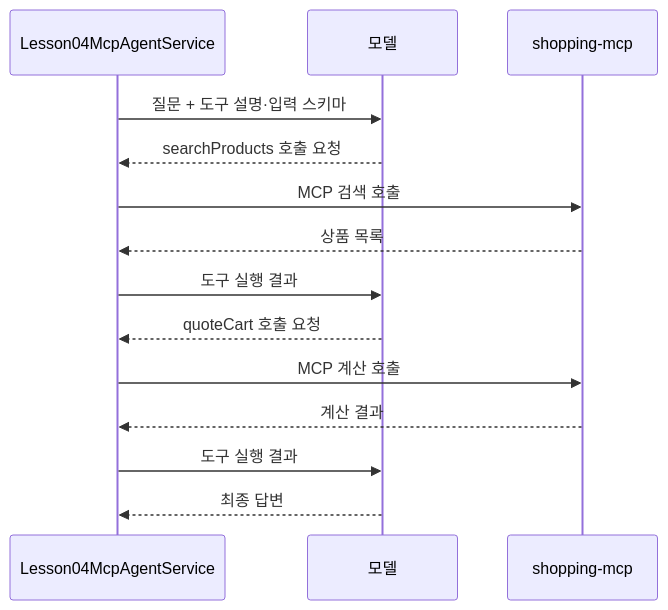
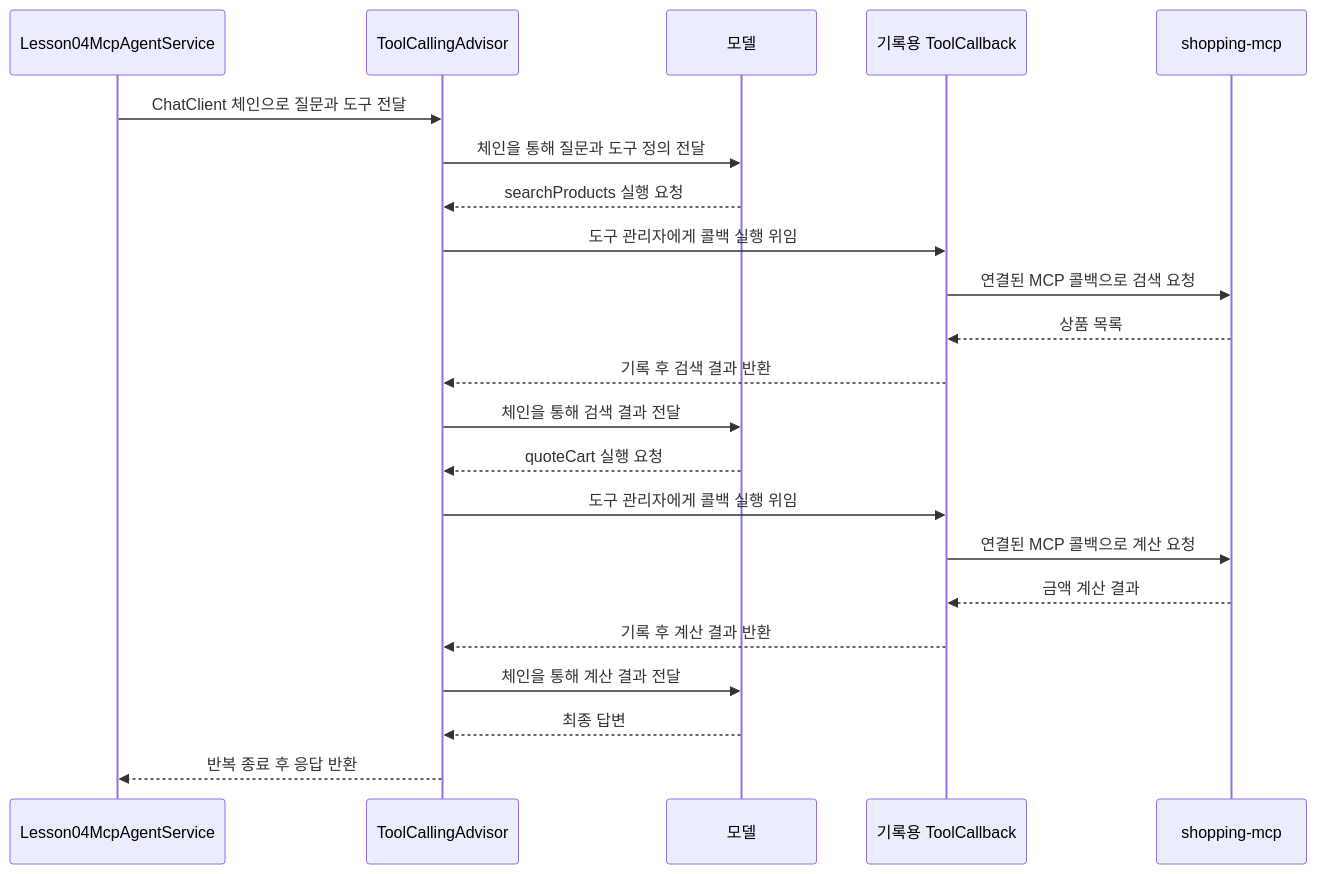
Before and after one commit to Justin-ad-Park/SpringShoppingAI: the diagram in Spring-AI-Agent-Learning/docs/lessons/11-mcp-workflow-agent/04-agent.md, drawn with Mermaid. The commit also changed other lines of this file and 13 other files, not shown here.

````diff
--- a/Spring-AI-Agent-Learning/docs/lessons/11-mcp-workflow-agent/04-agent.md
+++ b/Spring-AI-Agent-Learning/docs/lessons/11-mcp-workflow-agent/04-agent.md
@@ -7,16 +7,24 @@
 ```mermaid
 sequenceDiagram
     participant A as Lesson04McpAgentService
-    participant L as 모델
-    participant M as shopping-mcp
-    A->>L: 질문 + 도구 설명·입력 스키마
-    L-->>A: searchProducts 호출 요청
-    A->>M: MCP 검색 호출
-    M-->>A: 상품 목록
-    A->>L: 도구 실행 결과
-    L-->>A: quoteCart 호출 요청
-    A->>M: MCP 계산 호출
-    M-->>A: 계산 결과
-    A->>L: 도구 실행 결과
-    L-->>A: 최종 답변
+    participant L as ToolCallingAdvisor
+    participant M as 모델
+    participant T as 기록용 ToolCallback
+    participant S as shopping-mcp
+    A->>L: ChatClient 체인으로 질문과 도구 전달
+    L->>M: 체인을 통해 질문과 도구 정의 전달
+    M-->>L: searchProducts 실행 요청
+    L->>T: 도구 관리자에게 콜백 실행 위임
+    T->>S: 연결된 MCP 콜백으로 검색 요청
+    S-->>T: 상품 목록
+    T-->>L: 기록 후 검색 결과 반환
+    L->>M: 체인을 통해 검색 결과 전달
+    M-->>L: quoteCart 실행 요청
+    L->>T: 도구 관리자에게 콜백 실행 위임
+    T->>S: 연결된 MCP 콜백으로 계산 요청
+    S-->>T: 금액 계산 결과
+    T-->>L: 기록 후 계산 결과 반환
+    L->>M: 체인을 통해 계산 결과 전달
+    M-->>L: 최종 답변
+    L-->>A: 반복 종료 후 응답 반환
 ```
````
